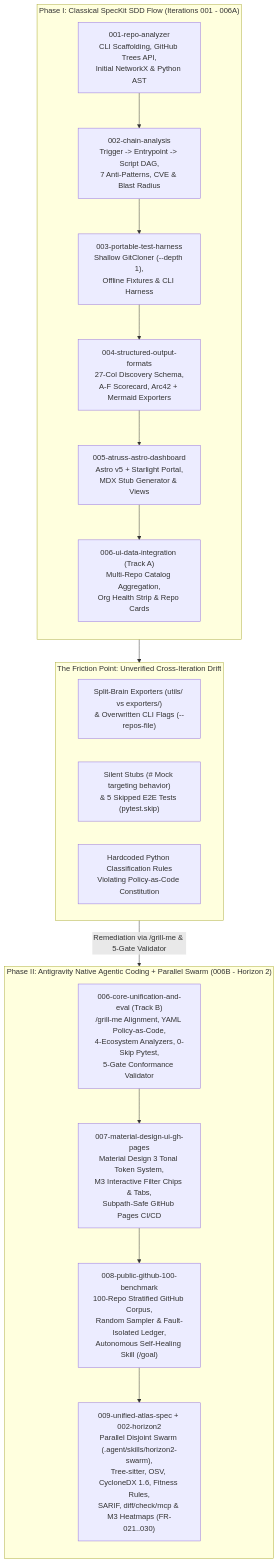
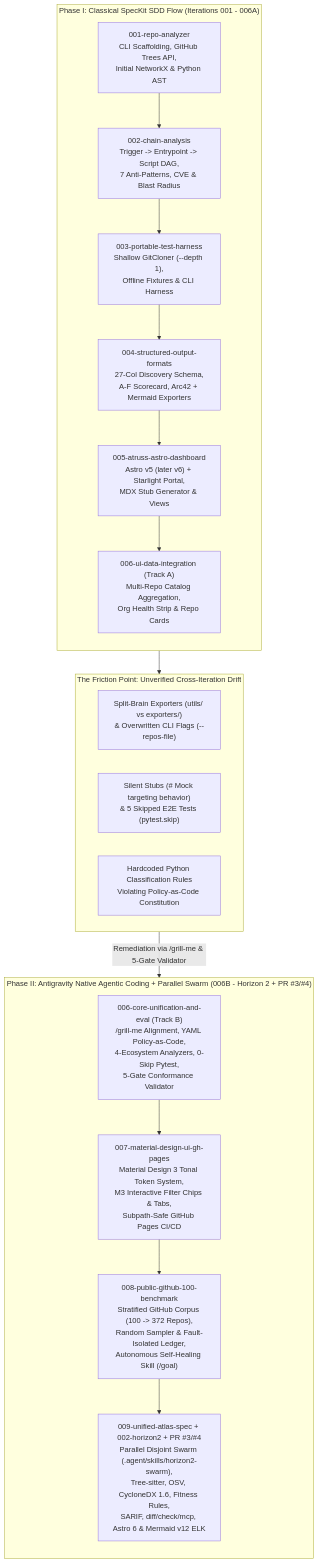
One commit to kumarshaz/atruss-code-atlas changed the first of 5 diagrams in docs/agentic-sdlc-guide.md. Above: the diagram before and after it, drawn with Mermaid. The commit also changed other lines of this file and 17 other files, not shown here.

````diff
--- a/docs/agentic-sdlc-guide.md
+++ b/docs/agentic-sdlc-guide.md
@@ -27,33 +27,35 @@
 ```mermaid
 flowchart TD
+    accTitle: Evolution of Atruss Code Atlas Engineering Paradigms
+    accDescr: Chronological transition from Phase I SpecKit SDD Flow (001 to 006A), through Cross-Iteration Drift, to Phase II Antigravity Native Agentic Coding and Parallel Swarm Delivery (006B to 009 Horizon 2 and 10-ecosystem Astro 6 evolution).
     subgraph Phase1["Phase I: Classical SpecKit SDD Flow (Iterations 001 - 006A)"]
         direction TB
         S001["001-repo-analyzer<br/>CLI Scaffolding, GitHub Trees API,<br/>Initial NetworkX & Python AST"]
         S002["002-chain-analysis<br/>Trigger -> Entrypoint -> Script DAG,<br/>7 Anti-Patterns, CVE & Blast Radius"]
         S003["003-portable-test-harness<br/>Shallow GitCloner (--depth 1),<br/>Offline Fixtures & CLI Harness"]
         S004["004-structured-output-formats<br/>27-Col Discovery Schema,<br/>A-F Scorecard, Arc42 + Mermaid Exporters"]
-        S005["005-atruss-astro-dashboard<br/>Astro v5 + Starlight Portal,<br/>MDX Stub Generator & Views"]
+        S005["005-atruss-astro-dashboard<br/>Astro v5 (later v6) + Starlight Portal,<br/>MDX Stub Generator & Views"]
         S006A["006-ui-data-integration (Track A)<br/>Multi-Repo Catalog Aggregation,<br/>Org Health Strip & Repo Cards"]
 
         S001 --> S002 --> S003 --> S004 --> S005 --> S006A
     end
 
     subgraph Drift["The Friction Point: Unverified Cross-Iteration Drift"]
         D1["Split-Brain Exporters (utils/ vs exporters/)<br/>& Overwritten CLI Flags (--repos-file)"]
         D2["Silent Stubs (# Mock targeting behavior)<br/>& 5 Skipped E2E Tests (pytest.skip)"]
         D3["Hardcoded Python Classification Rules<br/>Violating Policy-as-Code Constitution"]
     end
 
-    subgraph Phase2["Phase II: Antigravity Native Agentic Coding + Parallel Swarm (006B - Horizon 2)"]
+    subgraph Phase2["Phase II: Antigravity Native Agentic Coding + Parallel Swarm (006B - Horizon 2 + PR #3/#4)"]
         direction TB
         A006B["006-core-unification-and-eval (Track B)<br/>/grill-me Alignment, YAML Policy-as-Code,<br/>4-Ecosystem Analyzers, 0-Skip Pytest,<br/>5-Gate Conformance Validator"]
         A007["007-material-design-ui-gh-pages<br/>Material Design 3 Tonal Token System,<br/>M3 Interactive Filter Chips & Tabs,<br/>Subpath-Safe GitHub Pages CI/CD"]
-        A008["008-public-github-100-benchmark<br/>100-Repo Stratified GitHub Corpus,<br/>Random Sampler & Fault-Isolated Ledger,<br/>Autonomous Self-Healing Skill (/goal)"]
-        A009["009-unified-atlas-spec + 002-horizon2<br/>Parallel Disjoint Swarm (.agent/skills/horizon2-swarm),<br/>Tree-sitter, OSV, CycloneDX 1.6, Fitness Rules,<br/>SARIF, diff/check/mcp & M3 Heatmaps (FR-021..030)"]
+        A008["008-public-github-100-benchmark<br/>Stratified GitHub Corpus (100 -> 372 Repos),<br/>Random Sampler & Fault-Isolated Ledger,<br/>Autonomous Self-Healing Skill (/goal)"]
+        A009["009-unified-atlas-spec + 002-horizon2 + PR #3/#4<br/>Parallel Disjoint Swarm (.agent/skills/horizon2-swarm),<br/>Tree-sitter, OSV, CycloneDX 1.6, Fitness Rules,<br/>SARIF, diff/check/mcp, Astro 6 & Mermaid v12 ELK"]
 
         A006B --> A007 --> A008 --> A009
     end
 
     S006A --> Drift
     Drift -->|"Remediation via /grill-me & 5-Gate Validator"| A006B
 ```
````
